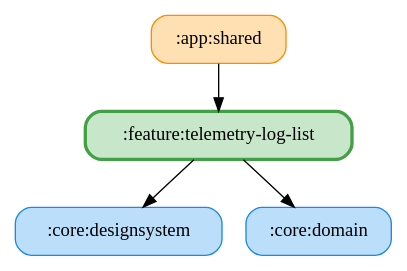
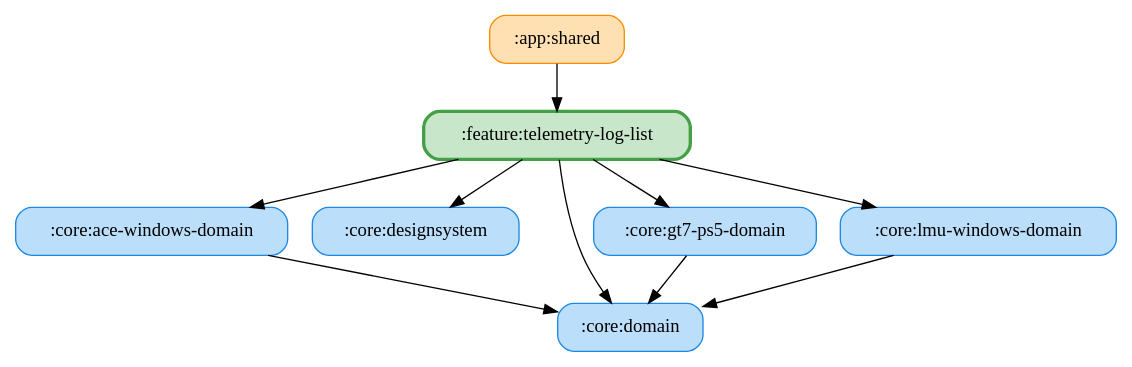
One commit to ai-kurou/KoDriver changed the diagram in docs/graphs/feature-telemetry-log-list.gv. Above: the diagram before and after it, drawn with Graphviz. The commit also changed 17 other files, not shown here.

Commit message:
chore: update module graph images

```diff
--- a/docs/graphs/feature-telemetry-log-list.gv
+++ b/docs/graphs/feature-telemetry-log-list.gv
@@ -1,11 +1,20 @@
 digraph G {
   rankdir=TB
   node [shape=box, style="rounded,filled"]
   ":app:shared" [fillcolor="#FFE0B2", color="#FB8C00", penwidth=1]
+  ":core:ace-windows-domain" [fillcolor="#BBDEFB", color="#1E88E5", penwidth=1]
   ":core:designsystem" [fillcolor="#BBDEFB", color="#1E88E5", penwidth=1]
   ":core:domain" [fillcolor="#BBDEFB", color="#1E88E5", penwidth=1]
+  ":core:gt7-ps5-domain" [fillcolor="#BBDEFB", color="#1E88E5", penwidth=1]
+  ":core:lmu-windows-domain" [fillcolor="#BBDEFB", color="#1E88E5", penwidth=1]
   ":feature:telemetry-log-list" [fillcolor="#C8E6C9", color="#43A047", penwidth=2.5]
   ":app:shared" -> ":feature:telemetry-log-list"
+  ":core:ace-windows-domain" -> ":core:domain"
+  ":core:gt7-ps5-domain" -> ":core:domain"
+  ":core:lmu-windows-domain" -> ":core:domain"
   ":feature:telemetry-log-list" -> ":core:domain"
   ":feature:telemetry-log-list" -> ":core:designsystem"
+  ":feature:telemetry-log-list" -> ":core:ace-windows-domain"
+  ":feature:telemetry-log-list" -> ":core:lmu-windows-domain"
+  ":feature:telemetry-log-list" -> ":core:gt7-ps5-domain"
 }
```
